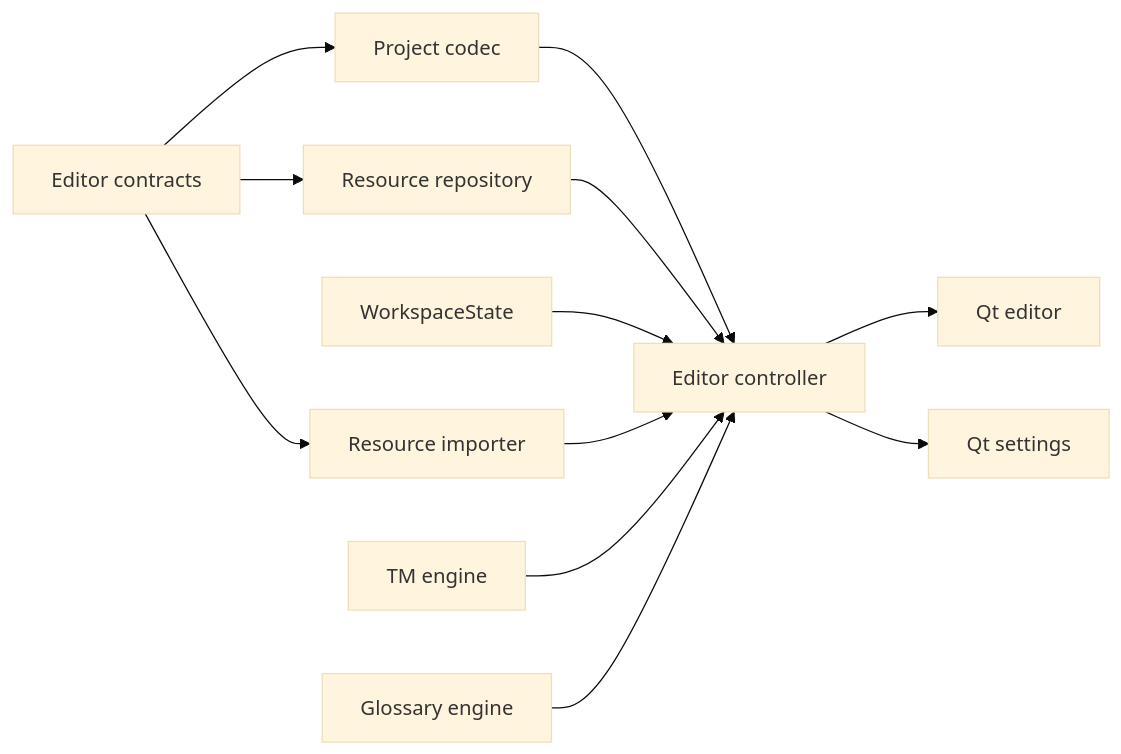
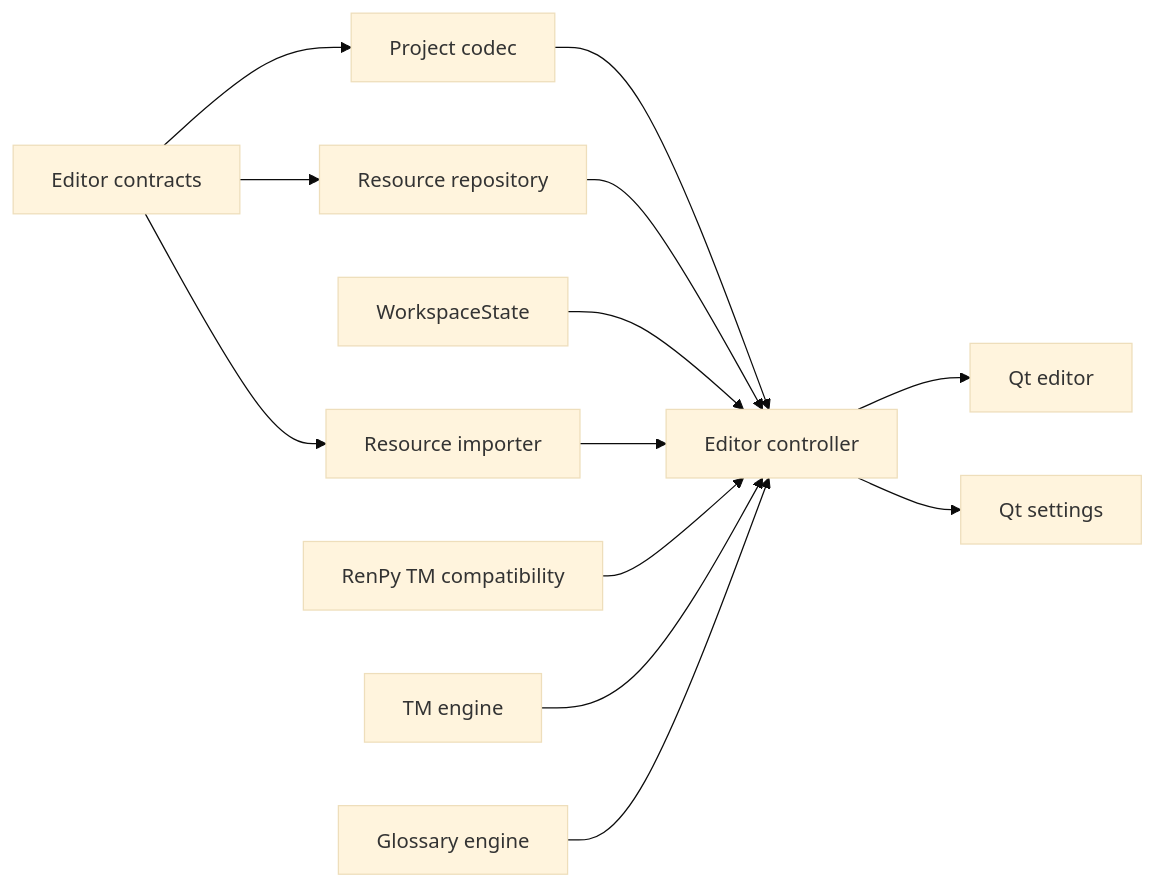
One commit to BeFringe/LocalCAT changed the first of 5 diagrams in .kiro/specs/qt-editor-mvp/design.md. Above: the diagram before and after it, drawn with Mermaid (base theme). The commit also changed other lines of this file and 24 other files, not shown here.

````diff
--- a/.kiro/specs/qt-editor-mvp/design.md
+++ b/.kiro/specs/qt-editor-mvp/design.md
@@ -68,14 +70,15 @@
 ```mermaid
 graph LR
     Contracts[Editor contracts] --> ProjectCodec[Project codec]
     Contracts --> ResourceRepo[Resource repository]
     Contracts --> ResourceImporter[Resource importer]
     ProjectCodec --> EditorController[Editor controller]
     ResourceRepo --> EditorController
     WorkspaceState --> EditorController
     ResourceImporter --> EditorController
+    RenPyTMCompat[RenPy TM compatibility] --> EditorController
     TMEngine[TM engine] --> EditorController
     GlossaryEngine[Glossary engine] --> EditorController
     EditorController --> MainWindow[Qt editor]
     EditorController --> SettingsDialog[Qt settings]
 ```
````
